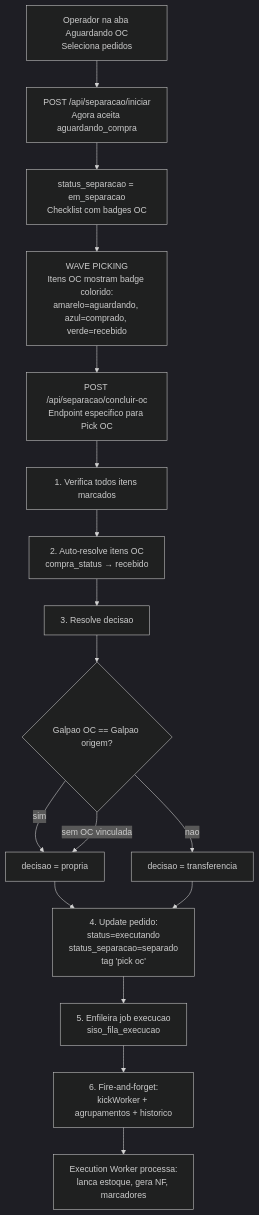
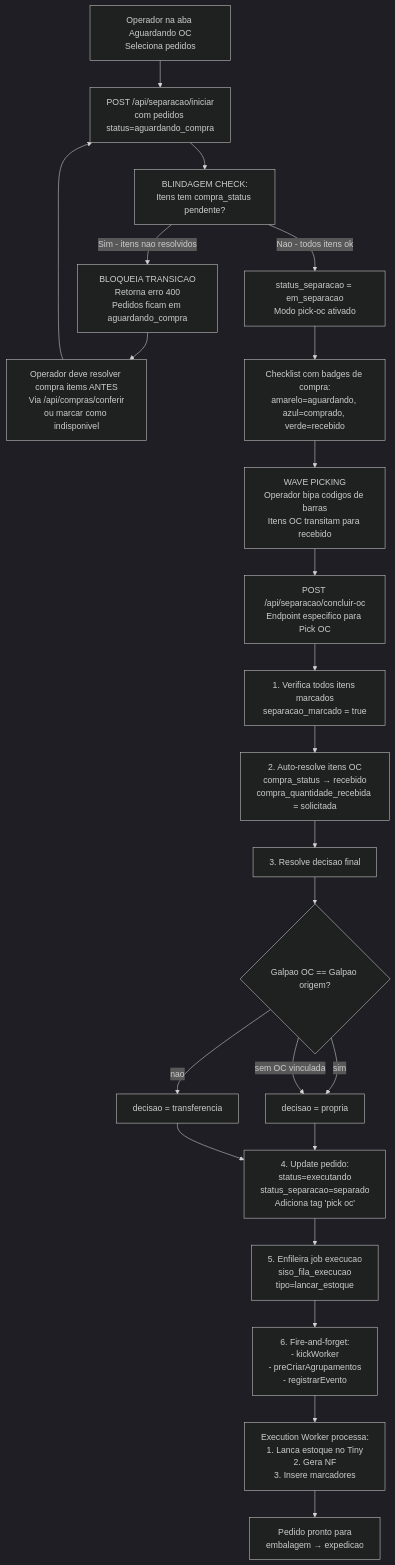
One commit to Eryk-dev/estoquelever changed the sixth of 15 diagrams in docs/fluxos-siso.md. Above: the diagram before and after it, drawn with Mermaid (dark theme). The commit also changed other lines of this file and 5 other files, not shown here.

First line of the commit message:
docs: atualizar CLAUDE.md e docs com compras v2, retry-etiqueta, e novos endpoints

````diff
--- a/docs/fluxos-siso.md
+++ b/docs/fluxos-siso.md
@@ -259,26 +278,36 @@
 ```mermaid
 flowchart TD
-    A["Operador na aba Aguardando OC<br/>Seleciona pedidos"] --> B["POST /api/separacao/iniciar<br/>Agora aceita aguardando_compra"]
+    A["Operador na aba Aguardando OC<br/>Seleciona pedidos"] --> B["POST /api/separacao/iniciar<br/>com pedidos status=aguardando_compra"]
 
-    B --> C["status_separacao = em_separacao<br/>Checklist com badges OC"]
-    C --> D["WAVE PICKING<br/>Itens OC mostram badge colorido:<br/>amarelo=aguardando, azul=comprado, verde=recebido"]
+    B --> C["BLINDAGEM CHECK:<br/>Itens tem compra_status pendente?"]
 
-    D --> E["POST /api/separacao/concluir-oc<br/>Endpoint especifico para Pick OC"]
+    C -->|Sim - itens nao resolvidos| D["BLOQUEIA TRANSICAO<br/>Retorna erro 400<br/>Pedidos ficam em aguardando_compra"]
+    D --> E["Operador deve resolver compra items ANTES<br/>Via /api/compras/conferir<br/>ou marcar como indisponivel"]
+    E --> B
 
-    E --> F["1. Verifica todos itens marcados"]
-    F --> G["2. Auto-resolve itens OC<br/>compra_status → recebido"]
-    G --> H["3. Resolve decisao"]
+    C -->|Nao - todos itens ok| F["status_separacao = em_separacao<br/>Modo pick-oc ativado"]
+    F --> G["Checklist com badges de compra:<br/>amarelo=aguardando, azul=comprado, verde=recebido"]
 
-    H --> I{"Galpao OC == Galpao origem?"}
-    I -->|sim| J["decisao = propria"]
-    I -->|nao| K["decisao = transferencia"]
-    I -->|"sem OC vinculada"| J
+    G --> H["WAVE PICKING<br/>Operador bipa codigos de barras<br/>Itens OC transitam para recebido"]
 
-    J --> L["4. Update pedido:<br/>status=executando<br/>status_separacao=separado<br/>tag 'pick oc'"]
-    K --> L
+    H --> I["POST /api/separacao/concluir-oc<br/>Endpoint especifico para Pick OC"]
 
-    L --> M["5. Enfileira job execucao<br/>siso_fila_execucao"]
-    M --> N["6. Fire-and-forget:<br/>kickWorker + agrupamentos + historico"]
+    I --> J["1. Verifica todos itens marcados<br/>separacao_marcado = true"]
+    J --> K["2. Auto-resolve itens OC<br/>compra_status → recebido<br/>compra_quantidade_recebida = solicitada"]
+    K --> L["3. Resolve decisao final"]
 
-    N --> O["Execution Worker processa:<br/>lanca estoque, gera NF, marcadores"]
+    L --> M{"Galpao OC == Galpao origem?"}
+    M -->|sim| N["decisao = propria"]
+    M -->|nao| O["decisao = transferencia"]
+    M -->|"sem OC vinculada"| N
+
+    N --> P["4. Update pedido:<br/>status=executando<br/>status_separacao=separado<br/>Adiciona tag 'pick oc'"]
+    O --> P
+
+    P --> Q["5. Enfileira job execucao<br/>siso_fila_execucao<br/>tipo=lancar_estoque"]
+    Q --> R["6. Fire-and-forget:<br/>- kickWorker<br/>- preCriarAgrupamentos<br/>- registrarEvento"]
+
+    R --> S["Execution Worker processa:<br/>1. Lanca estoque no Tiny<br/>2. Gera NF<br/>3. Insere marcadores"]
+
+    S --> T["Pedido pronto para<br/>embalagem → expedicao"]
 ```
````
